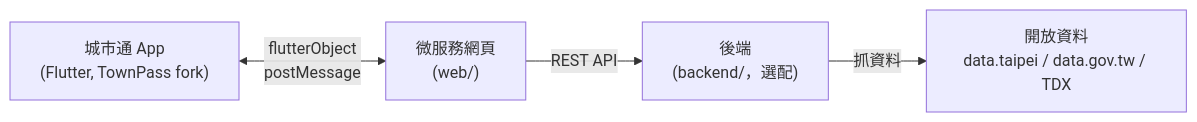
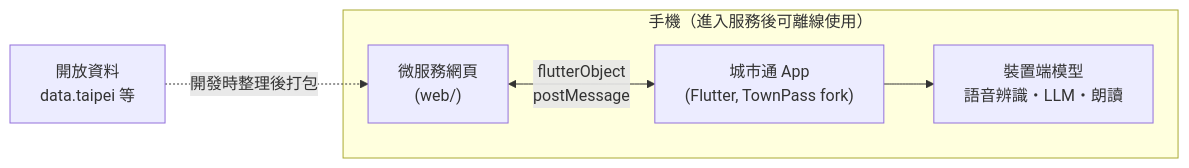
Before and after one commit to jsyang0322/TPE_Codefest2026: the diagram in README.md, drawn with Mermaid. The commit also changed other lines of this file and 2 other files, not shown here.

First line of the commit message:
Add system design v2: on-device AI, no backend

````diff
--- a/README.md
+++ b/README.md
@@ -37,6 +37,8 @@
 ```mermaid
 flowchart LR
-    App["城市通 App<br/>(Flutter, TownPass fork)"] <-- "flutterObject<br/>postMessage" --> Web["微服務網頁<br/>(web/)"]
-    Web -- "REST API" --> API["後端<br/>(backend/，選配)"]
-    API -- "抓資料" --> Data["開放資料<br/>data.taipei / data.gov.tw / TDX"]
+    subgraph Phone["手機（進入服務後可離線使用）"]
+        Web["微服務網頁<br/>(web/)"] <-- "flutterObject<br/>postMessage" --> App["城市通 App<br/>(Flutter, TownPass fork)"]
+        App --> Model["裝置端模型<br/>語音辨識・LLM・朗讀"]
+    end
+    Data["開放資料<br/>data.taipei 等"] -. "開發時整理後打包" .-> Web
 ```
````
